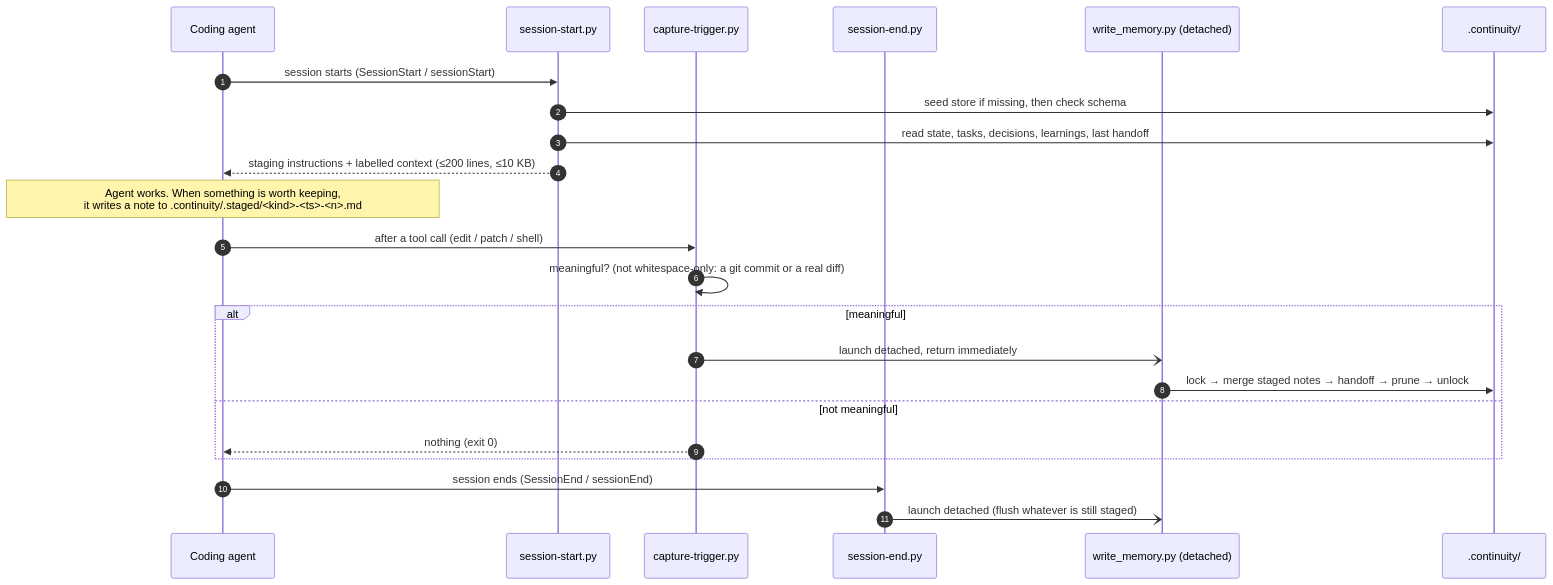
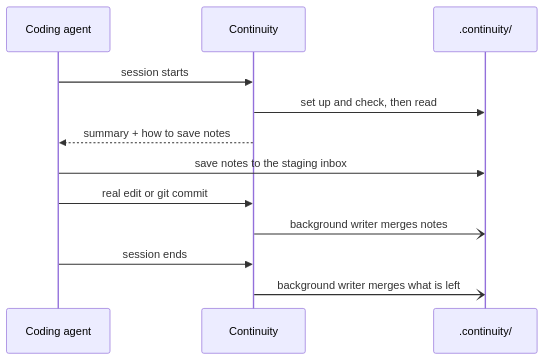
One commit to navjyotnishant/continuity changed the diagram in docs/architecture.md. Above: the diagram before and after it, drawn with Mermaid. The commit also changed other lines of this file, not shown here.

First line of the commit message:
docs: simplify architecture.md around the overview image

````diff
--- a/docs/architecture.md
+++ b/docs/architecture.md
@@ -81,29 +26,14 @@
 ```mermaid
 sequenceDiagram
-    autonumber
     participant A as Coding agent
-    participant SS as session-start.py
-    participant CT as capture-trigger.py
-    participant SE as session-end.py
-    participant W as write_memory.py (detached)
+    participant C as Continuity
     participant S as .continuity/
-
-    A->>SS: session starts (SessionStart / sessionStart)
-    SS->>S: seed store if missing, then check schema
-    SS->>S: read state, tasks, decisions, learnings, last handoff
-    SS-->>A: staging instructions + labelled context (≤200 lines, ≤10 KB)
-
-    Note over A: Agent works. When something is worth keeping,<br/>it writes a note to .continuity/.staged/#lt;kind#gt;-#lt;ts#gt;-#lt;n#gt;.md
-
-    A->>CT: after a tool call (edit / patch / shell)
-    CT->>CT: meaningful? (not whitespace-only: a git commit or a real diff)
-    alt meaningful
-        CT-)W: launch detached, return immediately
-        W->>S: lock → merge staged notes → handoff → prune → unlock
-    else not meaningful
-        CT-->>A: nothing (exit 0)
-    end
-
-    A->>SE: session ends (SessionEnd / sessionEnd)
-    SE-)W: launch detached (flush whatever is still staged)
+    A->>C: session starts
+    C->>S: set up and check, then read
+    C-->>A: summary + how to save notes
+    A->>S: save notes to the staging inbox
+    A->>C: real edit or git commit
+    C-)S: background writer merges notes
+    A->>C: session ends
+    C-)S: background writer merges what is left
 ```
````
